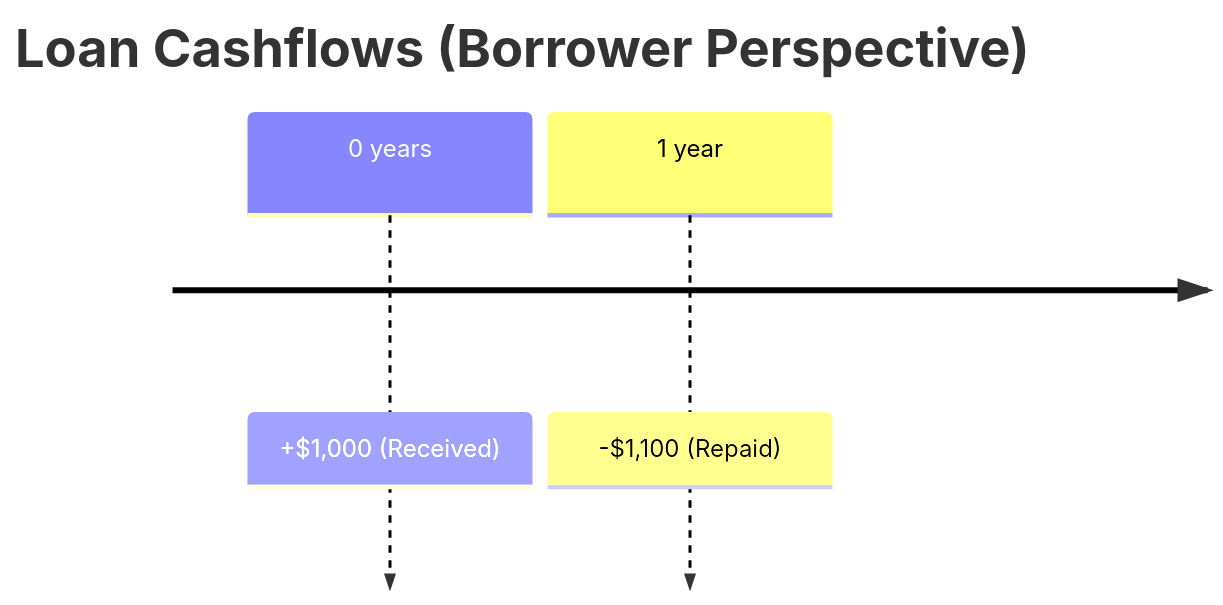
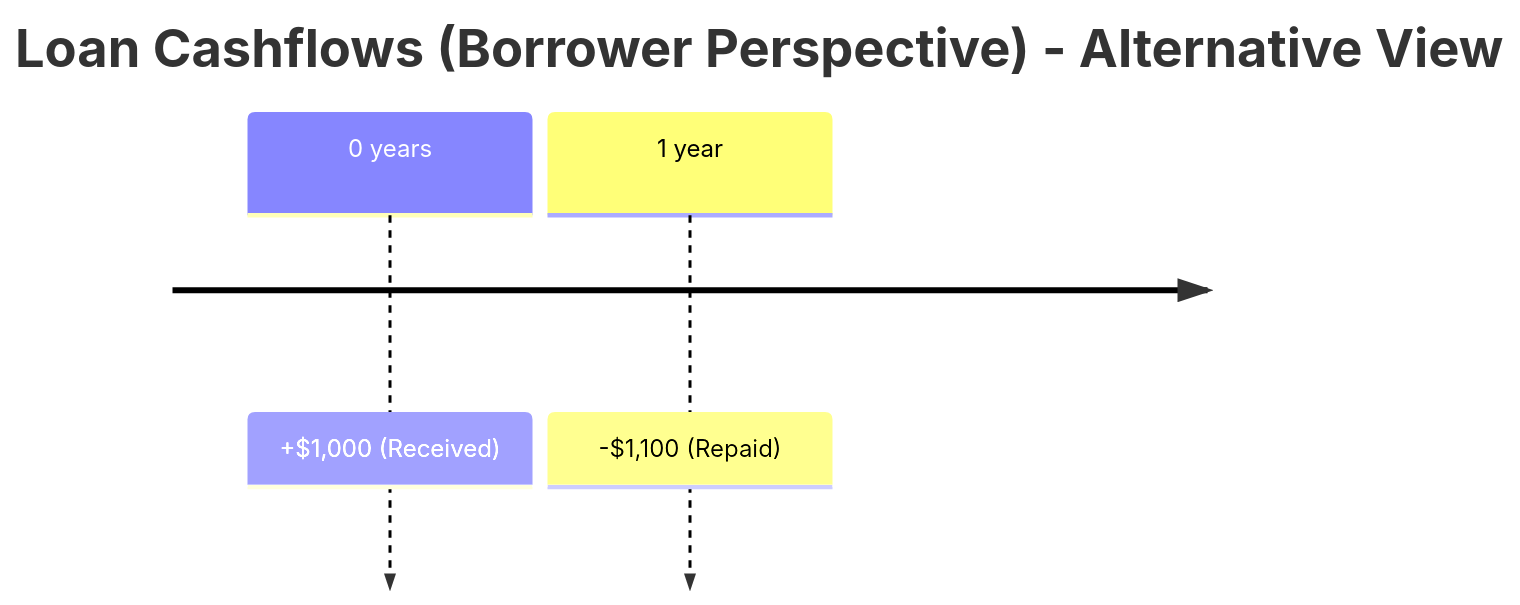
Before and after one commit to mrbungie/financial_maths: the diagram in basic_notions.qmd, drawn with Mermaid. The commit also changed other lines of this file and 12 other files, not shown here.

````diff
--- a/basic_notions.qmd
+++ b/basic_notions.qmd
@@ -52,8 +77,8 @@
 ```{mermaid}
 %%| fig-width: 8
 %%| fig-height: 2
 timeline
-    title Loan Cashflows (Borrower Perspective)
+    title Loan Cashflows (Borrower Perspective) - Alternative View
     0 years : +$1,000 (Received)
     1 year  : -$1,100 (Repaid)
 ```
````
